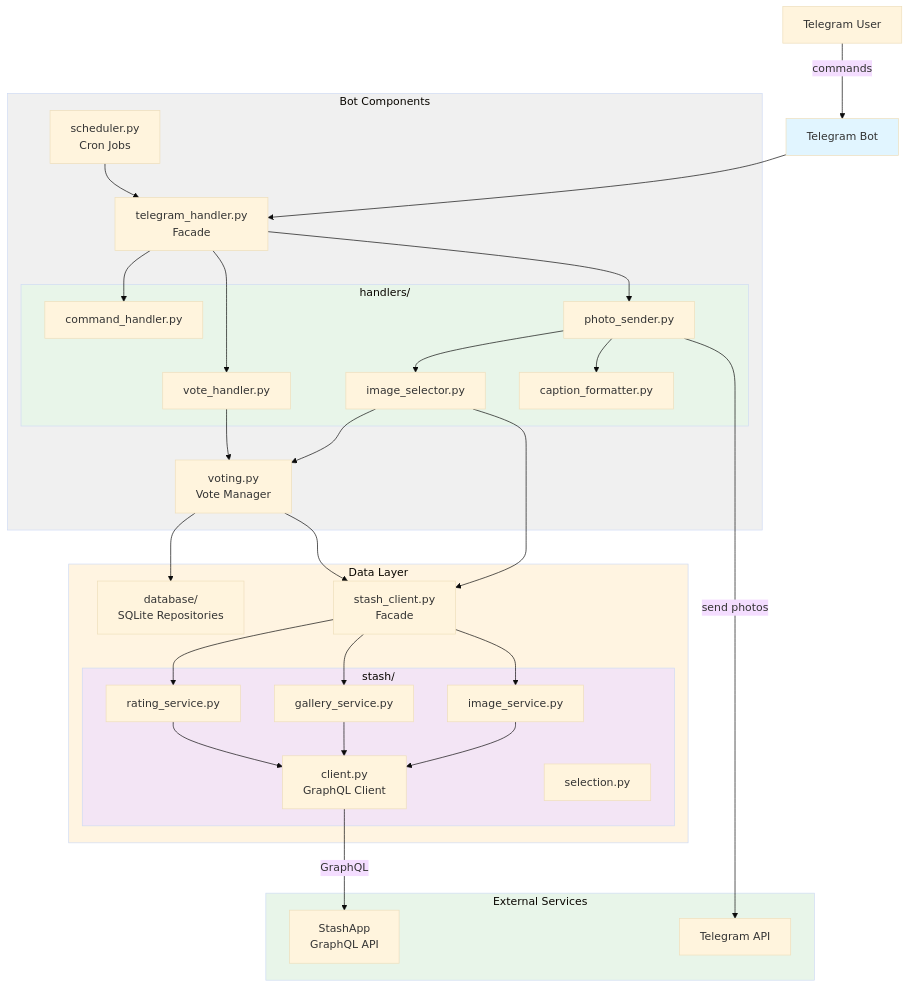
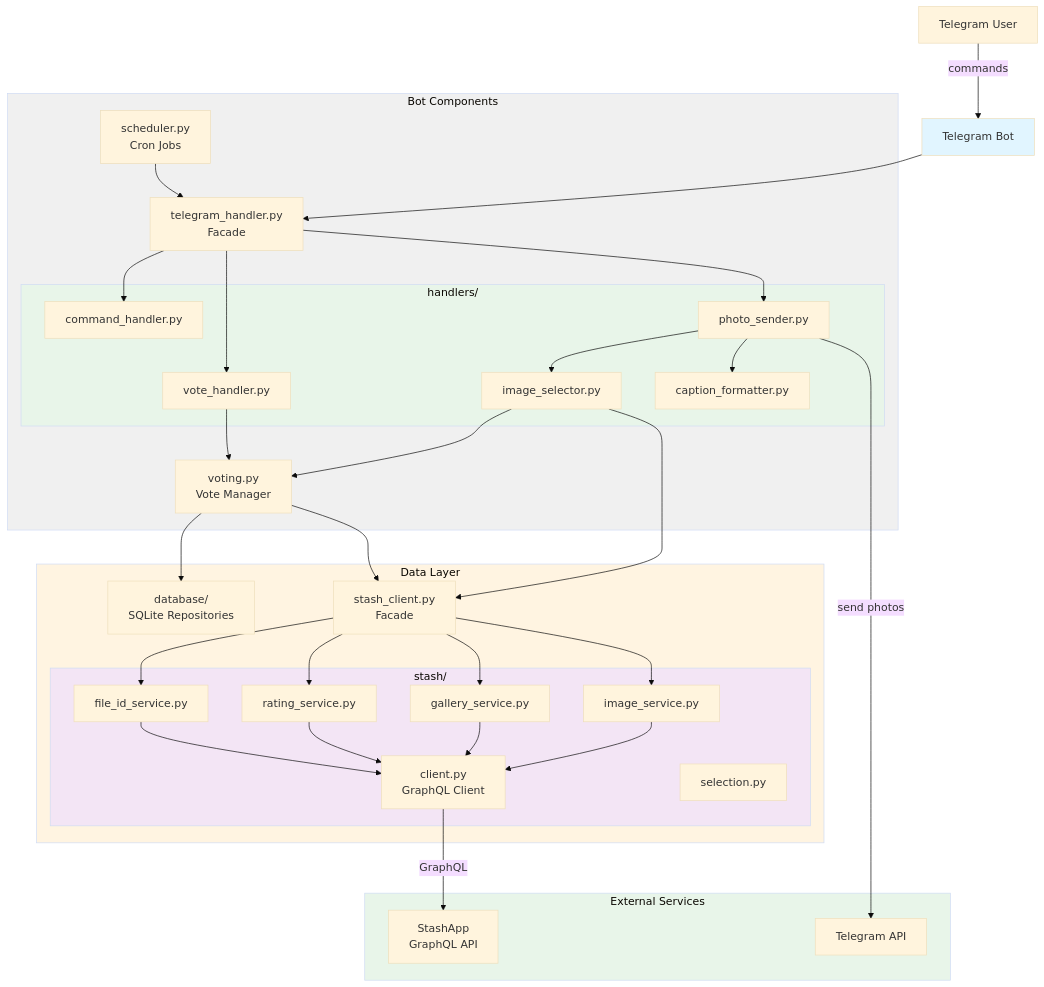
Before and after one commit to frendly/StashAppTelegramBot: the first of 2 diagrams in CURSOR_FULL.md, drawn with Mermaid (base theme). The commit also changed other lines of this file and 6 other files, not shown here.

````diff
--- a/CURSOR_FULL.md
+++ b/CURSOR_FULL.md
@@ -57,64 +57,67 @@
 ```mermaid
 graph TB
     User[Telegram User]
     Bot[Telegram Bot]
 
     subgraph BotComponents [Bot Components]
         TelegramHandler[telegram_handler.py<br/>Facade]
         subgraph Handlers [handlers/]
             CommandHandler[command_handler.py]
             PhotoSender[photo_sender.py]
             VoteHandler[vote_handler.py]
             ImageSelector[image_selector.py]
             CaptionFormatter[caption_formatter.py]
         end
         Scheduler[scheduler.py<br/>Cron Jobs]
         Voting[voting.py<br/>Vote Manager]
     end
 
     subgraph DataLayer [Data Layer]
         Database[database/<br/>SQLite Repositories]
         StashClient[stash_client.py<br/>Facade]
         subgraph StashServices [stash/]
             GraphQLClient[client.py<br/>GraphQL Client]
             ImageService[image_service.py]
             GalleryService[gallery_service.py]
             RatingService[rating_service.py]
+            FileIdService[file_id_service.py]
             Selection[selection.py]
         end
     end
 
     subgraph External [External Services]
         StashApp[StashApp<br/>GraphQL API]
         TelegramAPI[Telegram API]
     end
 
     User -->|commands| Bot
     Bot --> TelegramHandler
     TelegramHandler --> CommandHandler
     TelegramHandler --> PhotoSender
     TelegramHandler --> VoteHandler
     PhotoSender --> ImageSelector
     PhotoSender --> CaptionFormatter
     ImageSelector --> Voting
     ImageSelector --> StashClient
     VoteHandler --> Voting
     Scheduler --> TelegramHandler
     Voting --> Database
     Voting --> StashClient
     StashClient --> ImageService
     StashClient --> GalleryService
     StashClient --> RatingService
+    StashClient --> FileIdService
     ImageService --> GraphQLClient
     GalleryService --> GraphQLClient
     RatingService --> GraphQLClient
+    FileIdService --> GraphQLClient
     GraphQLClient -->|GraphQL| StashApp
     PhotoSender -->|send photos| TelegramAPI
 
     style Bot fill:#e1f5ff
     style BotComponents fill:#f0f0f0
     style Handlers fill:#e8f5e9
     style DataLayer fill:#fff4e1
     style StashServices fill:#f3e5f5
     style External fill:#e8f5e9
 ```
````
